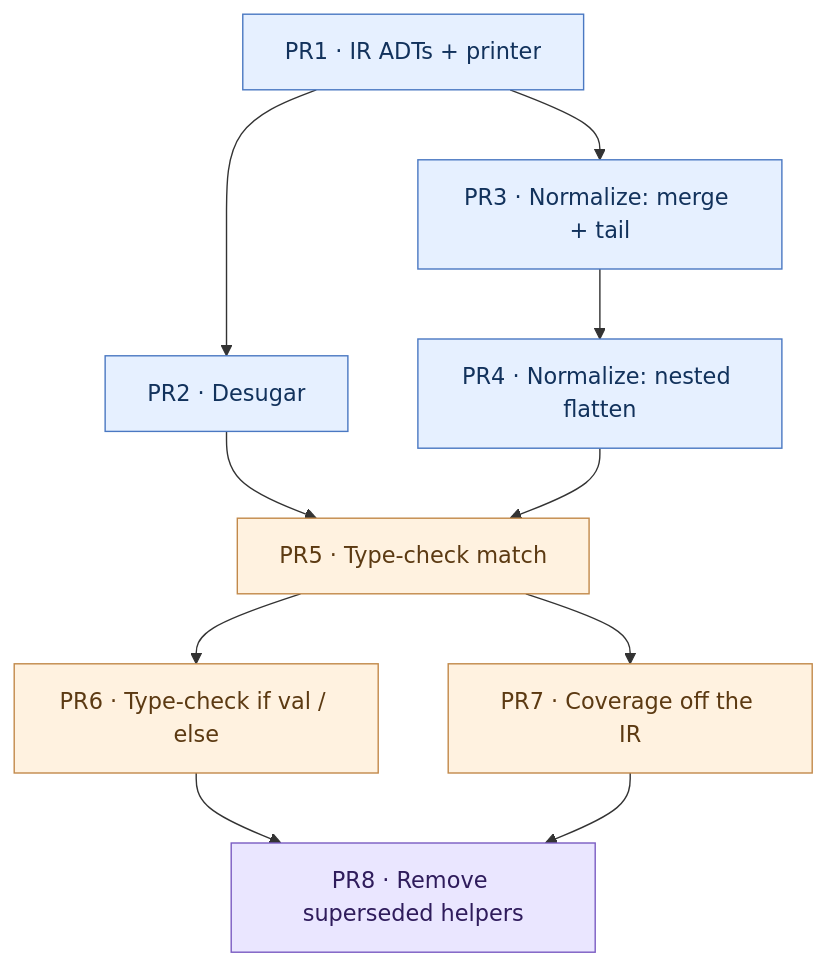
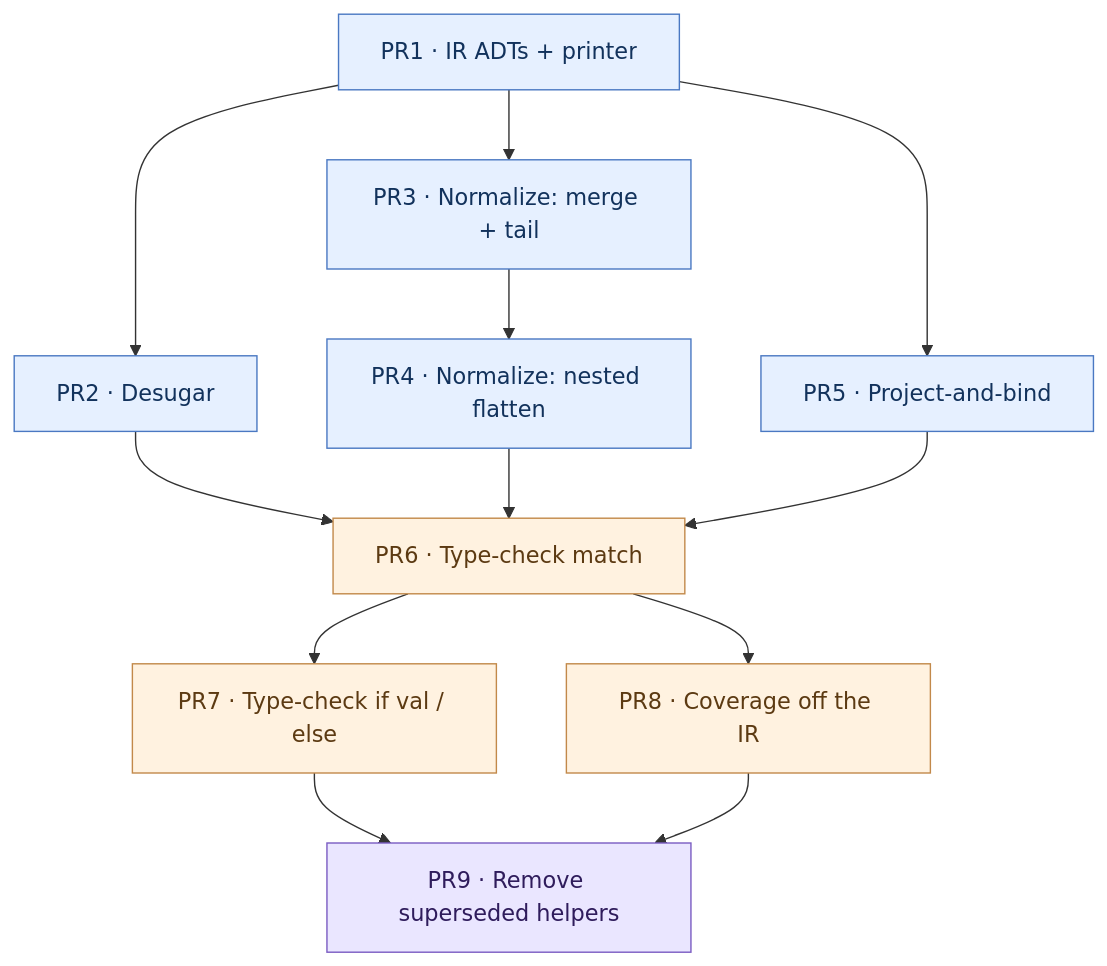
The diagram in planning/ucs/implementation_plan.md (escalier-lang/escalier), drawn with Mermaid before and after one commit. The commit also changed other lines of this file, not shown here.

First line of the commit message:
Split PR5 into project-and-bind + match; renumber to nine PRs

````diff
--- a/planning/ucs/implementation_plan.md
+++ b/planning/ucs/implementation_plan.md
@@ -615,28 +630,31 @@
 ```mermaid
 graph TD
     PR1["PR1 · IR ADTs + printer"]
     PR2["PR2 · Desugar"]
     PR3["PR3 · Normalize: merge + tail"]
     PR4["PR4 · Normalize: nested flatten"]
-    PR5["PR5 · Type-check match"]
-    PR6["PR6 · Type-check if val / else"]
-    PR7["PR7 · Coverage off the IR"]
-    PR8["PR8 · Remove superseded helpers"]
+    PR5["PR5 · Project-and-bind"]
+    PR6["PR6 · Type-check match"]
+    PR7["PR7 · Type-check if val / else"]
+    PR8["PR8 · Coverage off the IR"]
+    PR9["PR9 · Remove superseded helpers"]
 
     PR1 --> PR2
     PR1 --> PR3
+    PR1 --> PR5
     PR3 --> PR4
-    PR2 --> PR5
-    PR4 --> PR5
+    PR2 --> PR6
+    PR4 --> PR6
     PR5 --> PR6
-    PR5 --> PR7
+    PR6 --> PR7
     PR6 --> PR8
-    PR7 --> PR8
+    PR7 --> PR9
+    PR8 --> PR9
 
     classDef pure fill:#e6f0ff,stroke:#4a78c2,color:#12325c;
     classDef behavior fill:#fff2e0,stroke:#c2894a,color:#5c3a12;
     classDef cleanup fill:#eae6ff,stroke:#7a5cc2,color:#2f1c5c;
-    class PR1,PR2,PR3,PR4 pure;
-    class PR5,PR6,PR7 behavior;
-    class PR8 cleanup;
+    class PR1,PR2,PR3,PR4,PR5 pure;
+    class PR6,PR7,PR8 behavior;
+    class PR9 cleanup;
 ```
````
